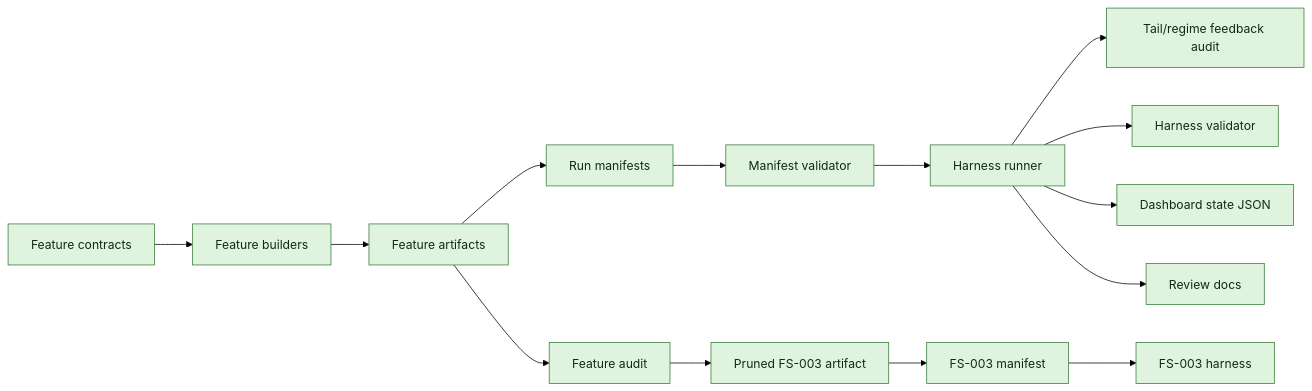
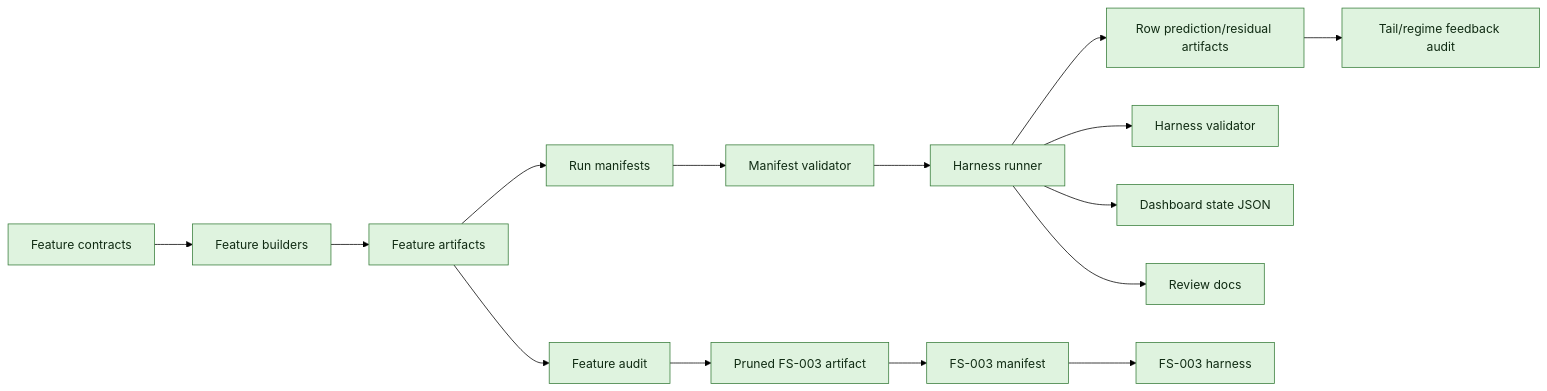
One commit to jiancchen/SlateAi changed the third of 4 diagrams in run-plans/mlb/2026-06-03-mlb-m3-alpha-state-progress.md. Above: the diagram before and after it, drawn with Mermaid (forest theme). The commit also changed other lines of this file and 35 other files, not shown here.

First line of the commit message:
Add FS-004 row prediction diagnostics

````diff
--- a/run-plans/mlb/2026-06-03-mlb-m3-alpha-state-progress.md
+++ b/run-plans/mlb/2026-06-03-mlb-m3-alpha-state-progress.md
@@ -304,19 +314,20 @@
 ```mermaid
 flowchart LR
   C1["Feature contracts"] --> B1["Feature builders"]
   B1 --> A1["Feature artifacts"]
   A1 --> M1["Run manifests"]
   M1 --> V1["Manifest validator"]
   V1 --> H1["Harness runner"]
-  H1 --> TAIL["Tail/regime feedback audit"]
+  H1 --> ROWP["Row prediction/residual artifacts"]
+  ROWP --> TAIL["Tail/regime feedback audit"]
   H1 --> HV["Harness validator"]
   H1 --> D1["Dashboard state JSON"]
   H1 --> R1["Review docs"]
   A1 --> AUD["Feature audit"]
   AUD --> A2["Pruned FS-003 artifact"]
   A2 --> M2["FS-003 manifest"]
   M2 --> H2["FS-003 harness"]
 
   classDef live fill:#dff3df,stroke:#367c39,color:#102b13;
-  class C1,B1,A1,M1,V1,H1,TAIL,HV,D1,R1,AUD,A2,M2,H2 live;
+  class C1,B1,A1,M1,V1,H1,ROWP,TAIL,HV,D1,R1,AUD,A2,M2,H2 live;
 ```
````
